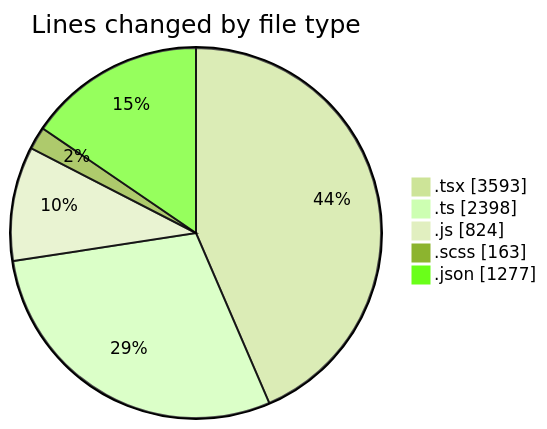
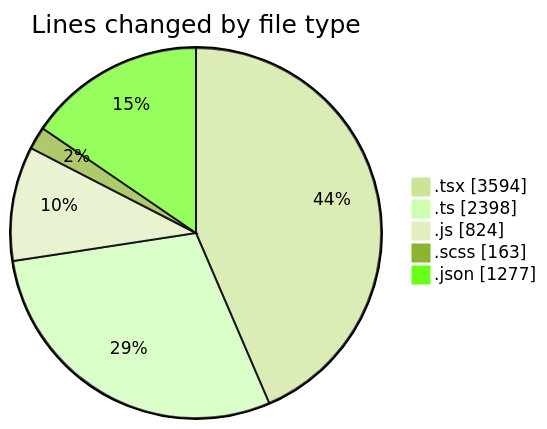
One commit to momahboobian/code-tracking changed the first of 2 diagrams in 2026-06-15/cda/README.md. Above: the diagram before and after it, drawn with Mermaid (forest theme). The commit also changed other lines of this file and 1 other file, not shown here.

````diff
--- a/2026-06-15/cda/README.md
+++ b/2026-06-15/cda/README.md
@@ -67,9 +67,9 @@
 ```mermaid
 pie showData
 title Lines changed by file type
-".tsx" : 3593
+".tsx" : 3594
 ".ts" : 2398
 ".js" : 824
 ".scss" : 163
 ".json" : 1277
 ```
````
